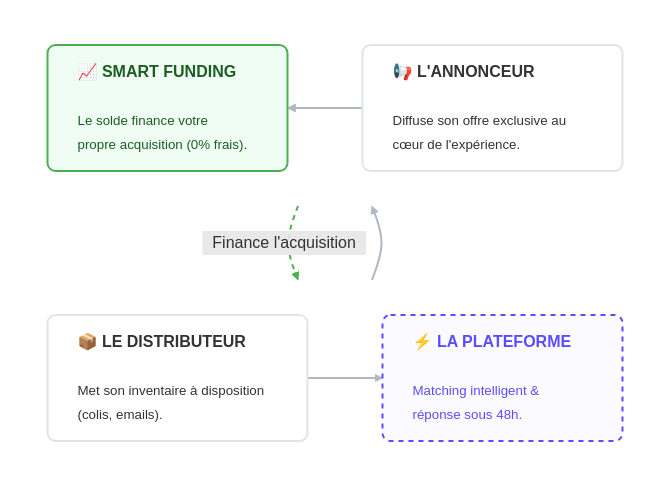
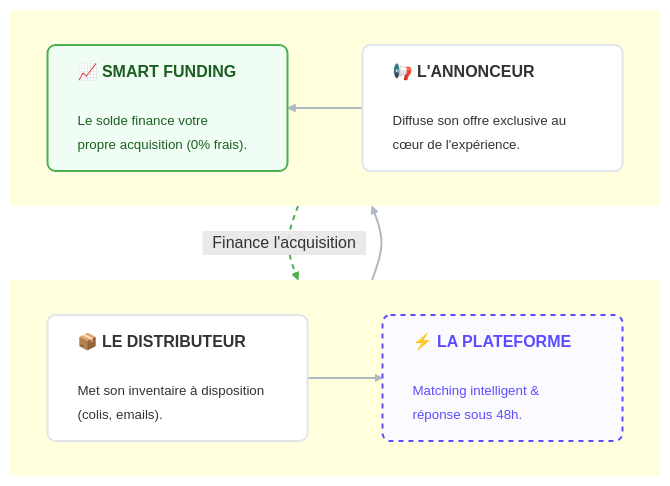
Before and after one commit to getinside-ops/handbook: the diagram in docs/fr/start-here/why-it-works.md, drawn with Mermaid.

Commit message:
update content

```diff
--- a/docs/fr/start-here/why-it-works.md
+++ b/docs/fr/start-here/why-it-works.md
@@ -16,49 +16,50 @@
 <div class="mermaid">
 flowchart TD
     %% --- STYLES ---
     classDef defaultCard fill:#ffffff,stroke:#e1e4e8,stroke-width:2px,color:#333,rx:8,ry:8;
     classDef techCard fill:#fbfaff,stroke:#5B4DFF,stroke-width:2px,stroke-dasharray: 5 5,color:#5B4DFF,rx:8,ry:8;
     classDef growthCard fill:#f0fdf4,stroke:#4CAF50,stroke-width:2px,color:#1b5e20,rx:8,ry:8;
 
     %% --- CONTENU ---
     %% Note: J'ai sécurisé les chaînes HTML avec des guillemets
     
     Node_Distri["<div style='text-align:left; min-width:180px'>📦 <b>LE DISTRIBUTEUR</b><br/><br/><small>Met son inventaire à disposition (colis, emails).</small></div>"]
     
     Node_Plat["<div style='text-align:left; min-width:180px'>⚡ <b>LA PLATEFORME</b><br/><br/><small>Matching intelligent &<br/>réponse sous 48h.</small></div>"]
     
     Node_Adv["<div style='text-align:left; min-width:180px'>📢 <b>L'ANNONCEUR</b><br/><br/><small>Diffuse son offre exclusive au cœur de l'expérience.</small></div>"]
     
     Node_Fund["<div style='text-align:left; min-width:180px'>📈 <b>SMART FUNDING</b><br/><br/><small>Le solde finance votre<br/>propre acquisition (0% frais).</small></div>"]
 
     %% --- STRUCTURE ---
     
     subgraph Row1 [ ]
         direction LR
         Node_Distri --> Node_Plat
     end
 
     subgraph Row2 [ ]
         direction RL
         Node_Adv --> Node_Fund
     end
 
     %% Liens Verticaux
     Node_Plat --> Node_Adv
     
     %% Lien de retour avec style HTML
     Node_Fund -->|"<span style='background-color:#f0fdf4; color:#1b5e20; padding:5px 10px; border:1px solid #4CAF50; border-radius:12px;'>Finance l'acquisition</span>"| Node_Distri
 
     %% --- APPLICATION DES STYLES ---
     class Node_Distri,Node_Adv defaultCard;
     class Node_Plat techCard;
     class Node_Fund growthCard;
     
     %% Styles des liens
     linkStyle 0,1,2 stroke:#b0b8c3,stroke-width:2px,fill:none;
     linkStyle 3 stroke:#4CAF50,stroke-width:2px,stroke-dasharray: 5 5,fill:none;
 
     %% --- SUPPRESSION DES BORDURES ---
-    style Row1 fill:none,stroke:none
-    style Row2 fill:none,stroke:none
+    style Row1 stroke:none
+    style Row2 stroke:none
+
 </div>
```
